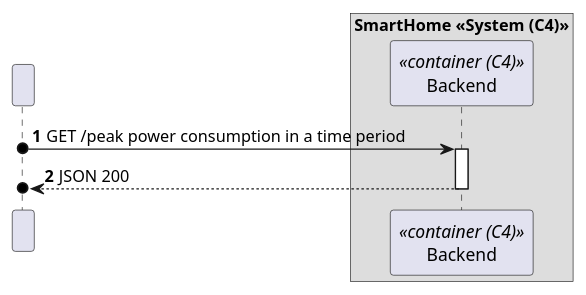
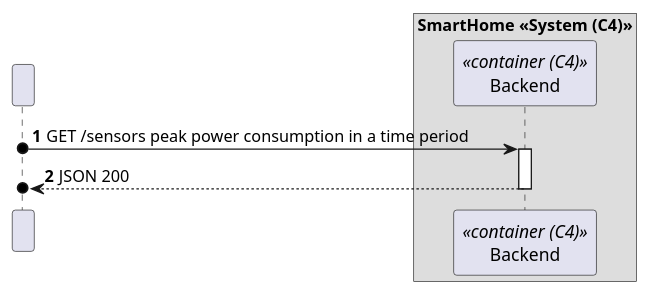
The diagram in docs/C4_4plus1_models/Level2/ProcessView/ProcessViewLevel2_UC14.puml (moutajDev/smarthome), drawn with PlantUML before and after one commit. The commit also changed 17 other files, not shown here.

```diff
--- a/docs/C4_4plus1_models/Level2/ProcessView/ProcessViewLevel2_UC14.puml
+++ b/docs/C4_4plus1_models/Level2/ProcessView/ProcessViewLevel2_UC14.puml
@@ -1,23 +1,23 @@
 @startuml
 'https://plantuml.com/sequence-diagram
 !pragma layout smetana
 
 autonumber
 
 
 participant " " as HTTP
 
 box "SmartHome <<System (C4)>>"
     participant "Backend" as BE<<container (C4)>>
 end box
 
-HTTP o-> BE : GET /peak power consumption in a time period
+HTTP o-> BE : GET /sensors peak power consumption in a time period
 activate BE
 
 
 BE -->o HTTP : JSON 200
 deactivate BE
 
 
 
 @enduml
```
